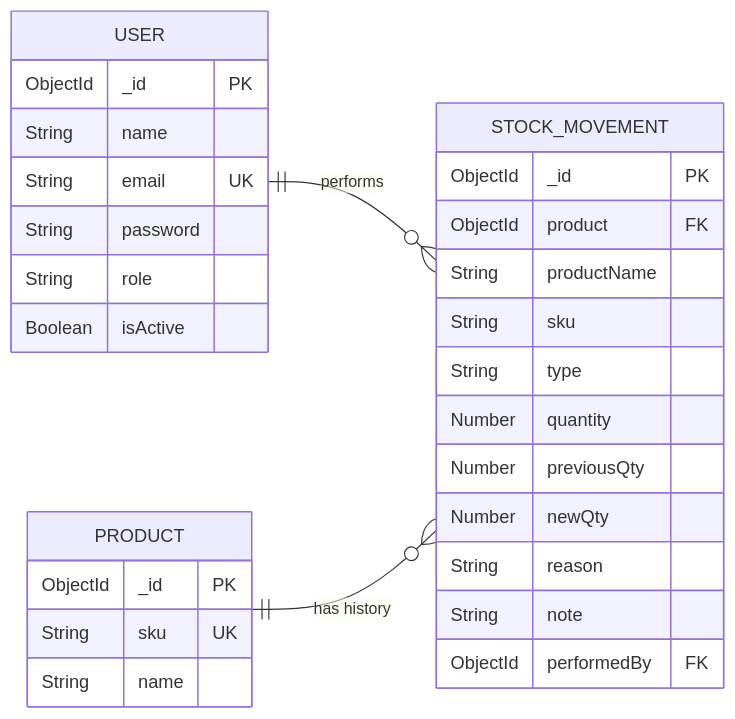
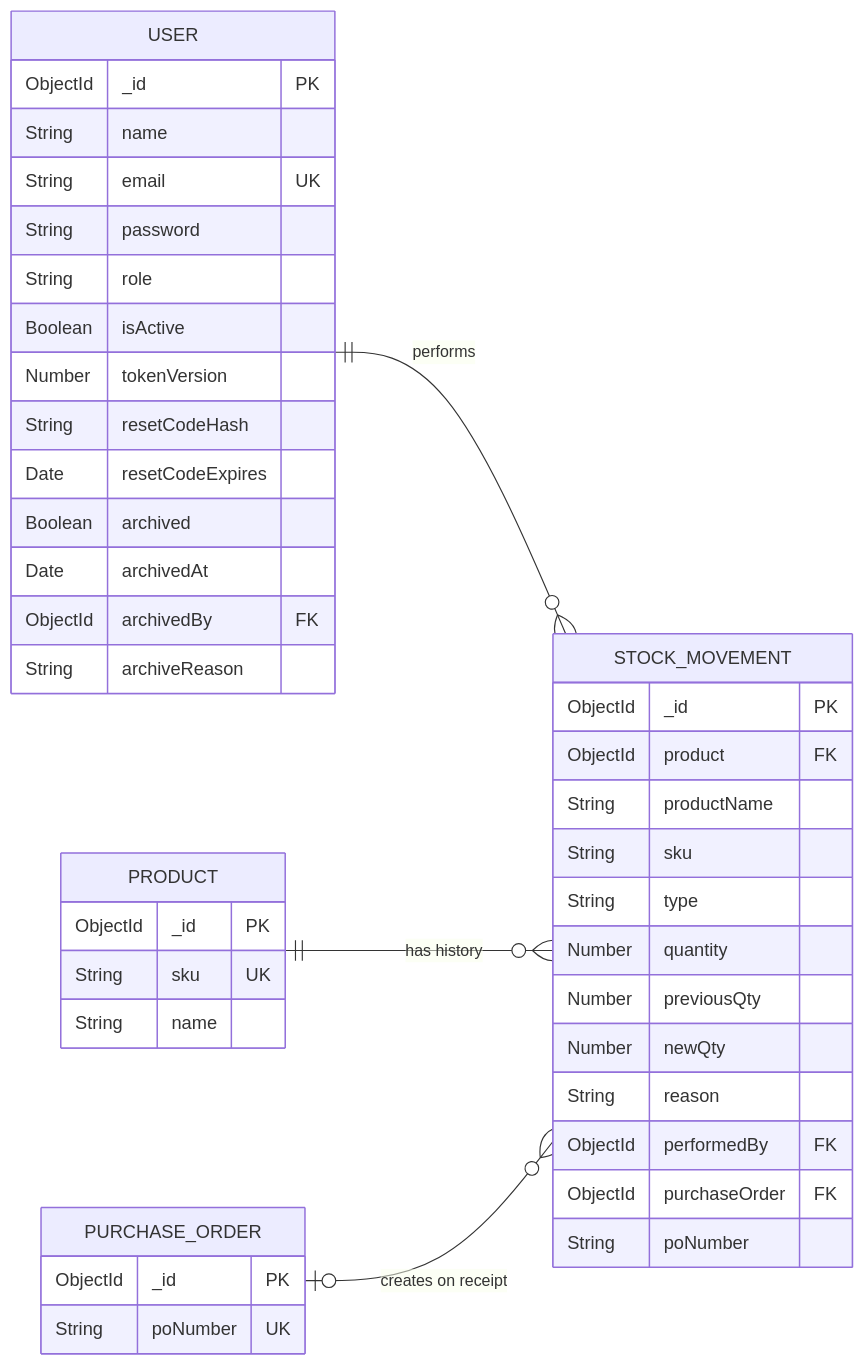
The diagram in docs/diagrams/erd-2-stock-history.mmd (Ivan259483/stockwise), drawn with Mermaid before and after one commit. The commit also changed 49 other files, not shown here.

Commit message:
docs: architecture with Gmail SMTP and purchase orders, ERDs with archive fields, PO diagrams, new screenshots

```diff
--- a/docs/diagrams/erd-2-stock-history.mmd
+++ b/docs/diagrams/erd-2-stock-history.mmd
@@ -1,31 +1,44 @@
 erDiagram
     direction LR
     USER ||--o{ STOCK_MOVEMENT : "performs"
     PRODUCT ||--o{ STOCK_MOVEMENT : "has history"
+    PURCHASE_ORDER |o--o{ STOCK_MOVEMENT : "creates on receipt"
 
     USER {
         ObjectId _id PK
         String name
         String email UK
         String password
         String role
         Boolean isActive
+        Number tokenVersion
+        String resetCodeHash
+        Date resetCodeExpires
+        Boolean archived
+        Date archivedAt
+        ObjectId archivedBy FK
+        String archiveReason
     }
     PRODUCT {
         ObjectId _id PK
         String sku UK
         String name
+    }
+    PURCHASE_ORDER {
+        ObjectId _id PK
+        String poNumber UK
     }
     STOCK_MOVEMENT {
         ObjectId _id PK
         ObjectId product FK
         String productName
         String sku
         String type
         Number quantity
         Number previousQty
         Number newQty
         String reason
-        String note
         ObjectId performedBy FK
+        ObjectId purchaseOrder FK
+        String poNumber
     }
```
